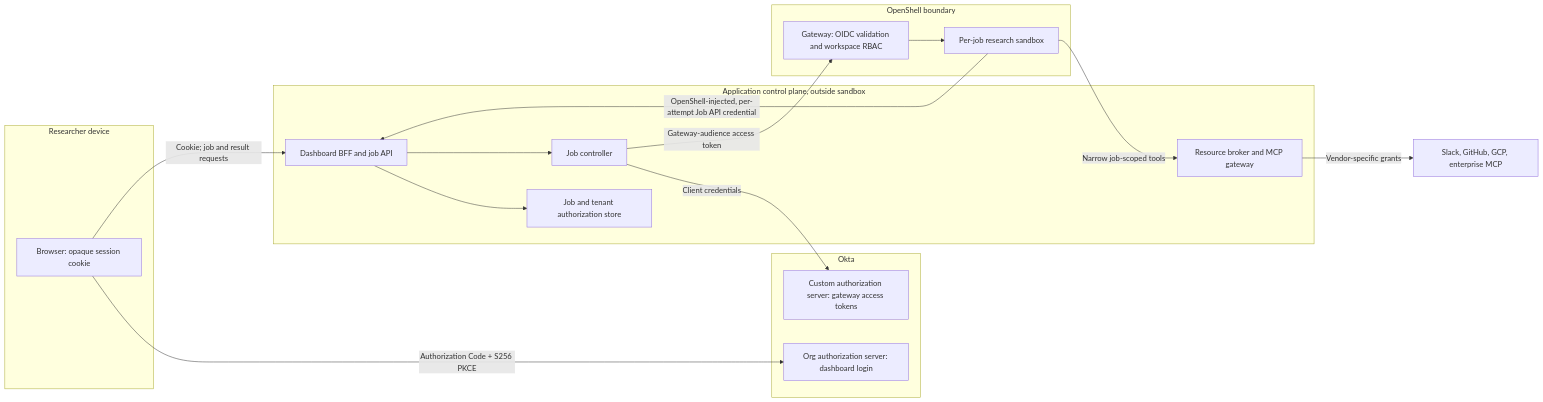
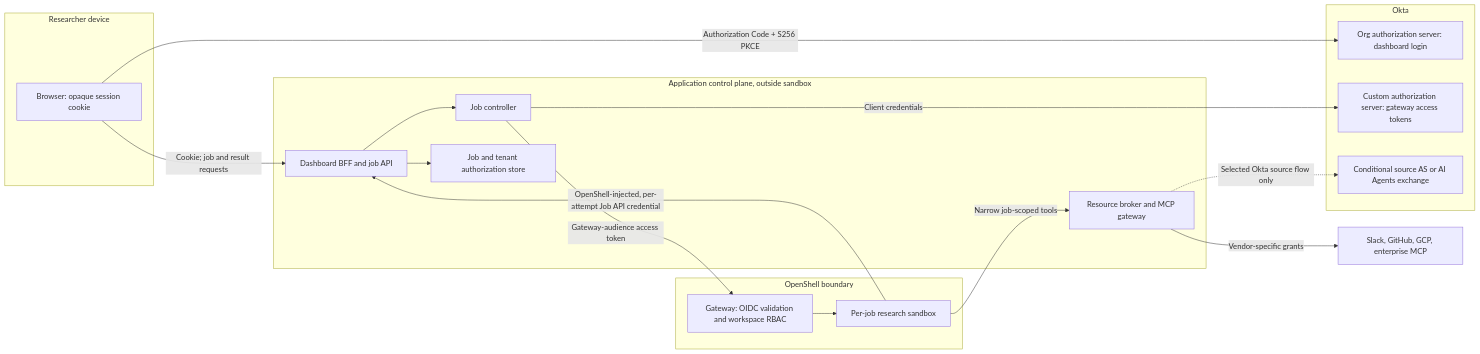
The first of 9 diagrams in docs/okta/requirements-and-design.md (gvaibhav/openshell-deep-research-platform), drawn with Mermaid before and after one commit. The commit also changed other lines of this file and 35 other files, not shown here.

````diff
--- a/docs/okta/requirements-and-design.md
+++ b/docs/okta/requirements-and-design.md
@@ -15,30 +15,32 @@
 ```mermaid
 flowchart LR
     subgraph UserDevice["Researcher device"]
       Browser["Browser: opaque session cookie"]
     end
     subgraph Control["Application control plane, outside sandbox"]
       BFF["Dashboard BFF and job API"]
       Controller["Job controller"]
       Broker["Resource broker and MCP gateway"]
       Store["Job and tenant authorization store"]
     end
     subgraph Identity["Okta"]
       LoginAS["Org authorization server: dashboard login"]
       GatewayAS["Custom authorization server: gateway access tokens"]
+      SourceAS["Conditional source AS or AI Agents exchange"]
     end
     subgraph OpenShell["OpenShell boundary"]
       Gateway["Gateway: OIDC validation and workspace RBAC"]
       Sandbox["Per-job research sandbox"]
     end
     Browser -->|"Authorization Code + S256 PKCE"| LoginAS
     Browser -->|"Cookie; job and result requests"| BFF
     BFF --> Store
     BFF --> Controller
     Controller -->|"Client credentials"| GatewayAS
     Controller -->|"Gateway-audience access token"| Gateway
     Gateway --> Sandbox
     Sandbox -->|"OpenShell-injected, per-attempt Job API credential"| BFF
     Sandbox -->|"Narrow job-scoped tools"| Broker
+    Broker -.->|"Selected Okta source flow only"| SourceAS
     Broker -->|"Vendor-specific grants"| Sources["Slack, GitHub, GCP, enterprise MCP"]
 ```
````
